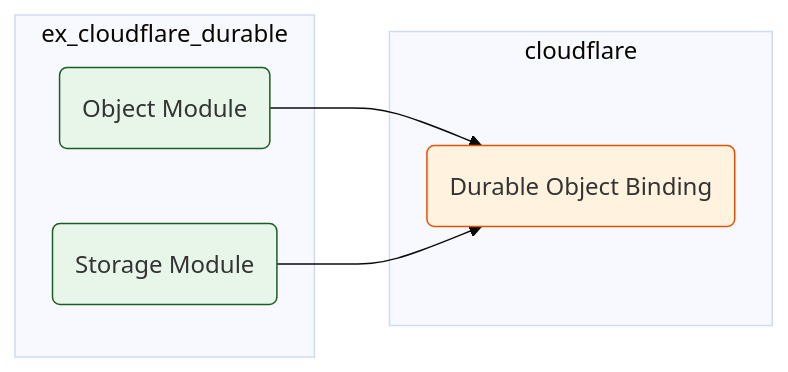
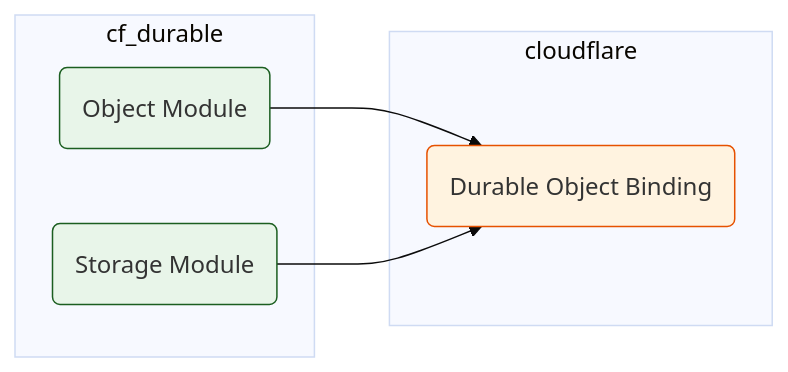
Before and after one commit to nshkrdotcom/cf_ex: the diagram in apps/cf_durable/README.md, drawn with Mermaid (base theme). The commit also changed other lines of this file and 35 other files, not shown here.

````diff
--- a/apps/cf_durable/README.md
+++ b/apps/cf_durable/README.md
@@ -24,20 +24,20 @@
 ```mermaid
 graph LR
-   subgraph "ex_cloudflare_durable"
+   subgraph "cf_durable"
         Object(Object Module)
         Storage(Storage Module)
     end
     
     subgraph "cloudflare"
     binding("Durable Object Binding")
     end
    
     Object --> binding
     Storage --> binding
     
     classDef durable fill:#e8f5e9,stroke:#1b5e20
      classDef cloudflare fill:#fff3e0,stroke:#e65100
     
-    class ExCloudflareDurable,Object,Storage durable
+    class CfDurable,Object,Storage durable
     class Cloudflare,binding cloudflare
 ```
````
